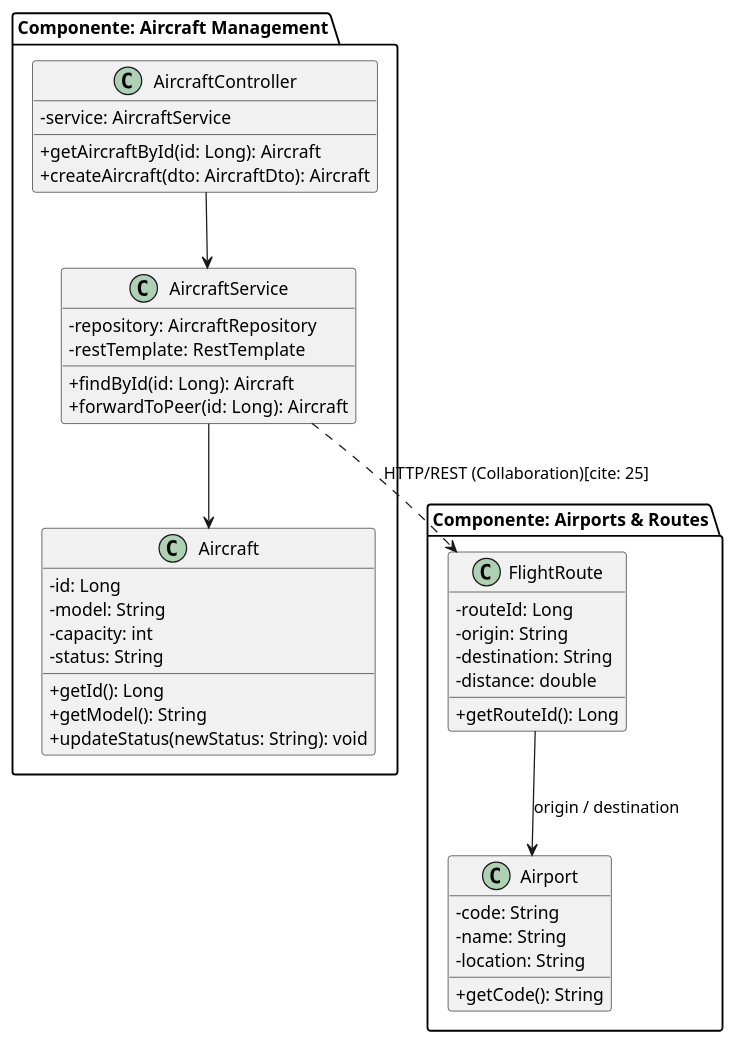
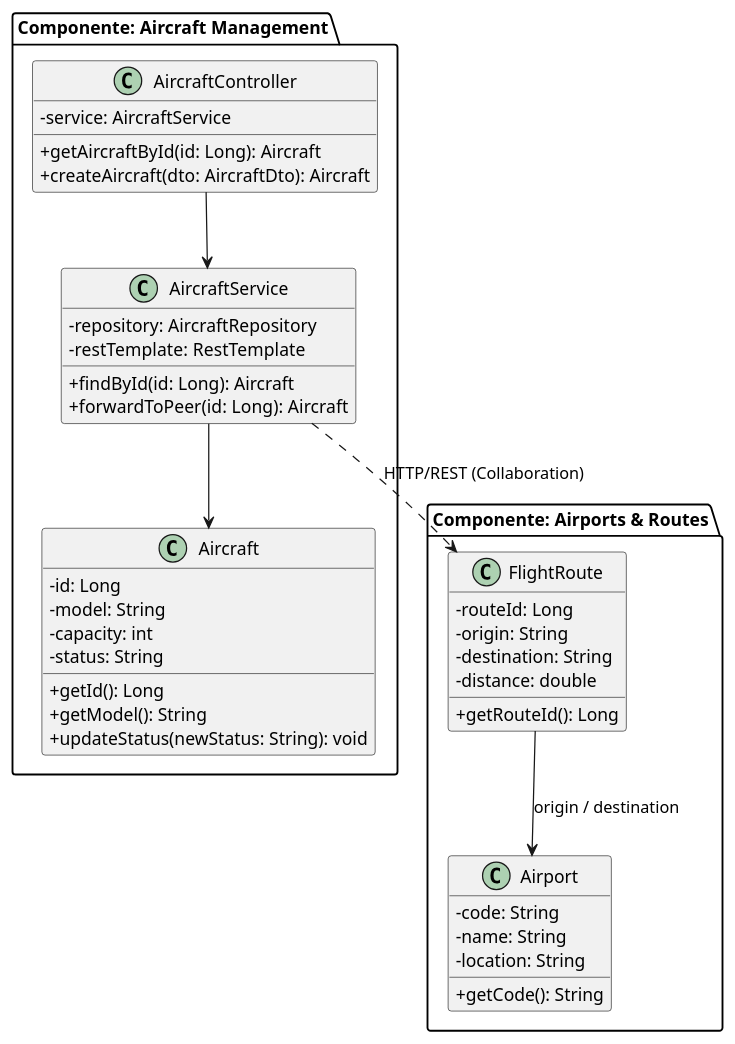
One commit to goncalomaia18/SIDIS_3DA_G09 changed the diagram in diagramas/class_diagram.puml. Above: the diagram before and after it, drawn with PlantUML. The commit also changed 4 other files, not shown here.

Commit message:
uml documentacao

```diff
--- a/diagramas/class_diagram.puml
+++ b/diagramas/class_diagram.puml
@@ -1,53 +1,53 @@
 @startuml
 skinparam classAttributeIconSize 0
 
 package "Componente: Aircraft Management" {
     class Aircraft {
         - id: Long
         - model: String
         - capacity: int
         - status: String
         + getId(): Long
         + getModel(): String
         + updateStatus(newStatus: String): void
     }
 
     class AircraftController {
         - service: AircraftService
         + getAircraftById(id: Long): Aircraft
         + createAircraft(dto: AircraftDto): Aircraft
     }
 
     class AircraftService {
         - repository: AircraftRepository
         - restTemplate: RestTemplate
         + findById(id: Long): Aircraft
         + forwardToPeer(id: Long): Aircraft
     }
 
     AircraftController --> AircraftService
     AircraftService --> Aircraft
 }
 
 package "Componente: Airports & Routes" {
     class Airport {
         - code: String
         - name: String
         - location: String
         + getCode(): String
     }
 
     class FlightRoute {
         - routeId: Long
         - origin: String
         - destination: String
         - distance: double
         + getRouteId(): Long
     }
 
     FlightRoute --> Airport : origin / destination
 }
 
-AircraftService ..> FlightRoute : HTTP/REST (Collaboration)[cite: 25]
+AircraftService ..> FlightRoute : HTTP/REST (Collaboration)
 
 @enduml
```
